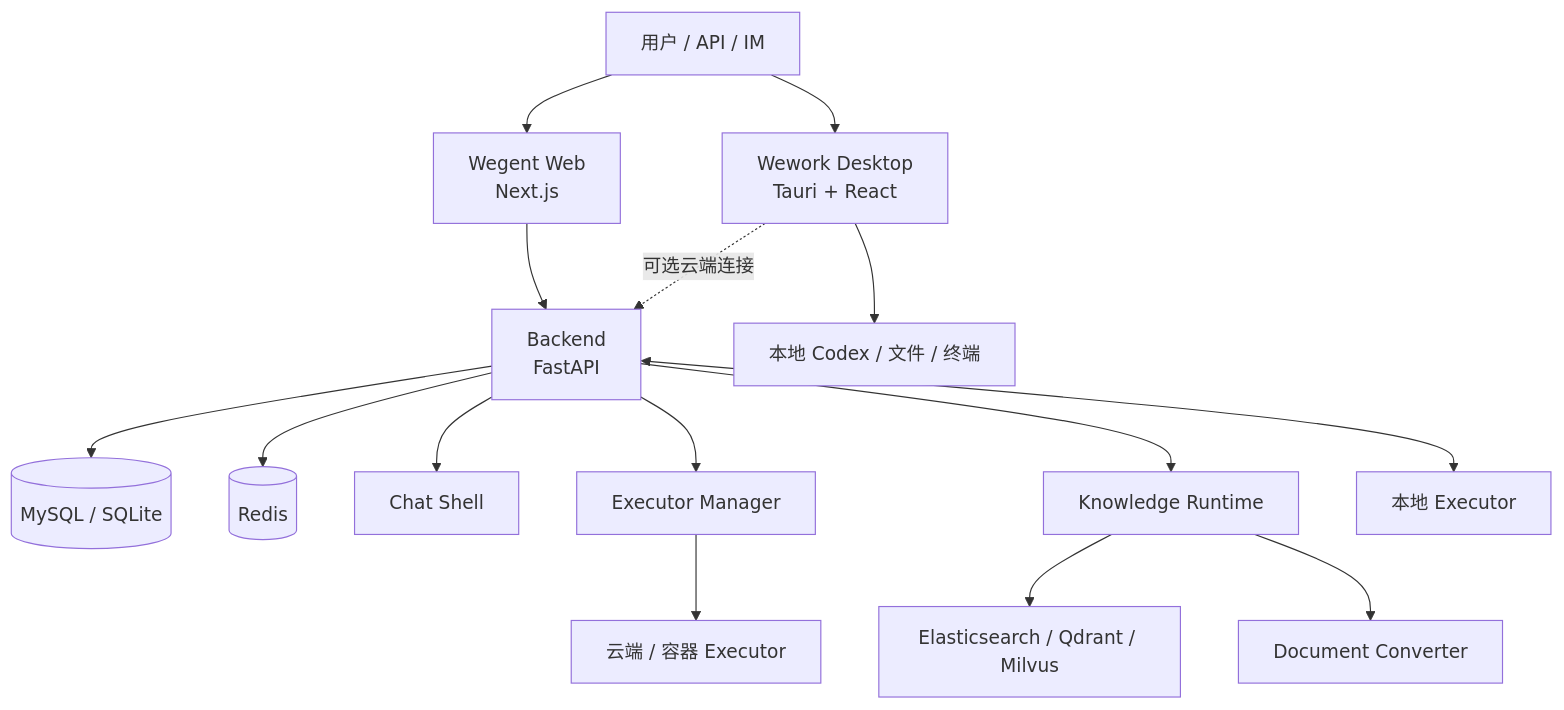
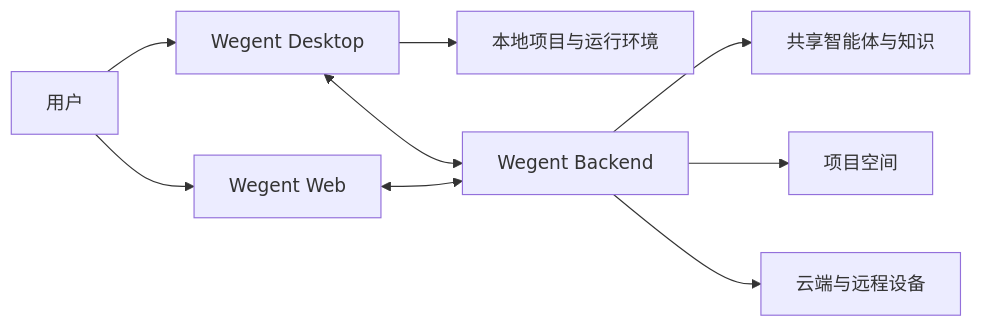
The diagram in README_zh.md (wecode-ai/Wegent), drawn with Mermaid before and after one commit. The commit also changed other lines of this file and 1 other file, not shown here.

Commit message:
docs(readme): focus project overview on Wegent Desktop

````diff
--- a/README_zh.md
+++ b/README_zh.md
@@ -125,19 +47,11 @@
 ```mermaid
-graph TB
-    User["用户 / API / IM"] --> Frontend["Wegent Web<br/>Next.js"]
-    User --> Wework["Wework Desktop<br/>Tauri + React"]
-    Frontend --> Backend["Backend<br/>FastAPI"]
-    Wework -. "可选云端连接" .-> Backend
-    Wework --> LocalWork["本地 Codex / 文件 / 终端"]
-
-    Backend --> Database[("MySQL / SQLite")]
-    Backend --> Redis[("Redis")]
-    Backend --> ChatShell["Chat Shell"]
-    Backend --> ExecutorManager["Executor Manager"]
-    Backend --> KnowledgeRuntime["Knowledge Runtime"]
-
-    ExecutorManager --> CloudExecutor["云端 / 容器 Executor"]
-    Backend <--> LocalExecutor["本地 Executor"]
-    KnowledgeRuntime --> VectorStore["Elasticsearch / Qdrant / Milvus"]
-    KnowledgeRuntime --> DocConverter["Document Converter"]
+flowchart LR
+    User["用户"] --> Desktop["Wegent Desktop"]
+    User --> Web["Wegent Web"]
+    Desktop --> Local["本地项目与运行环境"]
+    Desktop <--> Backend["Wegent Backend"]
+    Web <--> Backend
+    Backend --> Agents["共享智能体与知识"]
+    Backend --> Space["项目空间"]
+    Backend --> Remote["云端与远程设备"]
 ```
````
